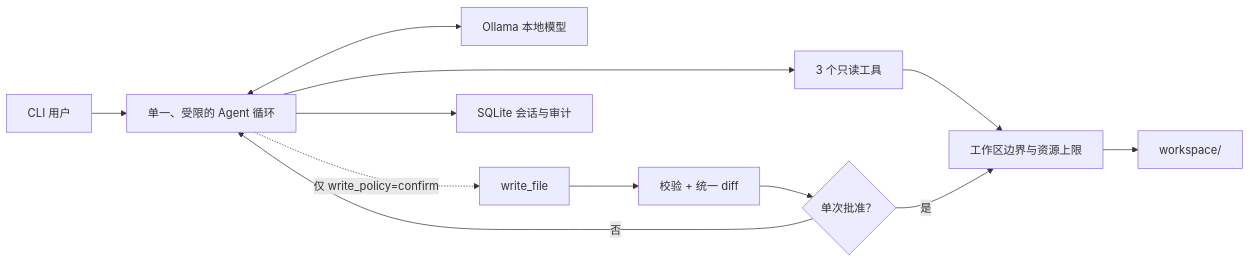
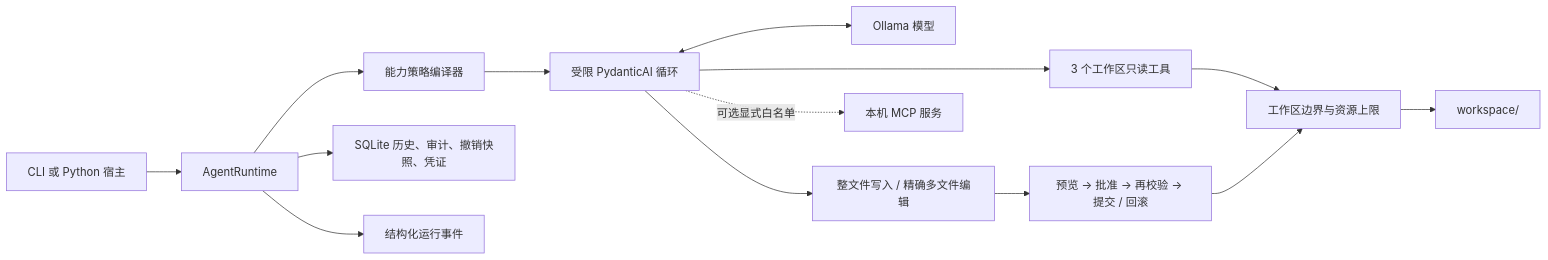
The diagram in README.zh-CN.md (MuzeAnisichael/minimal-local-agent), drawn with Mermaid before and after one commit. The commit also changed other lines of this file and 30 other files, not shown here.

````diff
--- a/README.zh-CN.md
+++ b/README.zh-CN.md
@@ -109,14 +107,16 @@
 ```mermaid
 flowchart LR
-    User["CLI 用户"] --> Loop["单一、受限的 Agent 循环"]
-    Loop <--> Model["Ollama 本地模型"]
-    Loop --> Read["3 个只读工具"]
-    Loop -. "仅 write_policy=confirm" .-> Write["write_file"]
+    User["CLI 或 Python 宿主"] --> Runtime["AgentRuntime"]
+    Runtime --> Policy["能力策略编译器"]
+    Policy --> Loop["受限 PydanticAI 循环"]
+    Loop <--> Model["Ollama 模型"]
+    Loop --> Read["3 个工作区只读工具"]
+    Loop --> Mutate["整文件写入 / 精确多文件编辑"]
+    Mutate --> Tx["预览 → 批准 → 再校验 → 提交 / 回滚"]
     Read --> Guard["工作区边界与资源上限"]
-    Write --> Preview["校验 + 统一 diff"]
-    Preview --> Approval{"单次批准？"}
-    Approval -->|是| Guard
-    Approval -->|否| Loop
+    Tx --> Guard
     Guard --> Files["workspace/"]
-    Loop --> Store["SQLite 会话与审计"]
+    Loop -. "可选显式白名单" .-> MCP["本机 MCP 服务"]
+    Runtime --> Store["SQLite 历史、审计、撤销快照、凭证"]
+    Runtime --> Events["结构化运行事件"]
 ```
````
